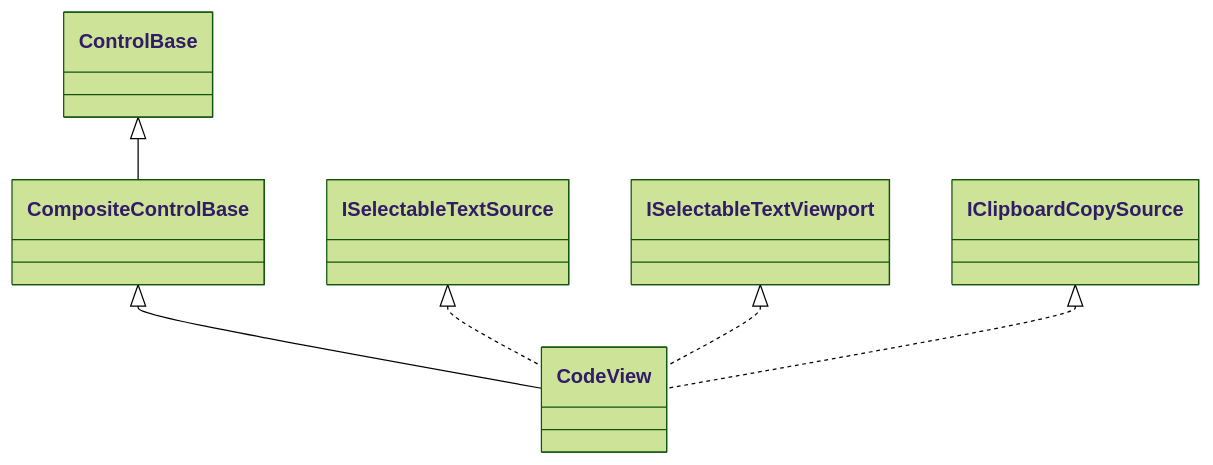
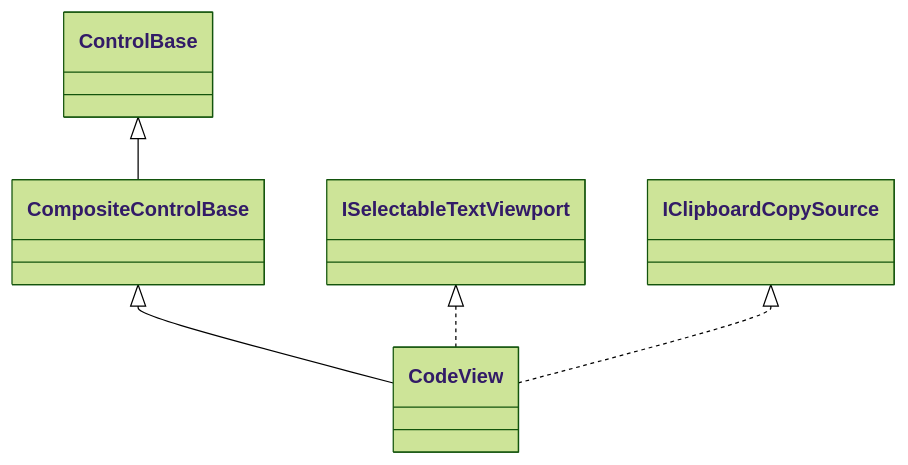
One commit to pavkam/sharp-vision changed the diagram in docs/controls/display/code-view.md. Above: the diagram before and after it, drawn with Mermaid (forest theme). The commit also changed other lines of this file and 74 other files, not shown here.

````diff
--- a/docs/controls/display/code-view.md
+++ b/docs/controls/display/code-view.md
@@ -30,8 +30,7 @@
 ```mermaid
 classDiagram
     ControlBase <|-- CompositeControlBase
     CompositeControlBase <|-- CodeView
-    ISelectableTextSource <|.. CodeView
     ISelectableTextViewport <|.. CodeView
     IClipboardCopySource <|.. CodeView
 ```
````
